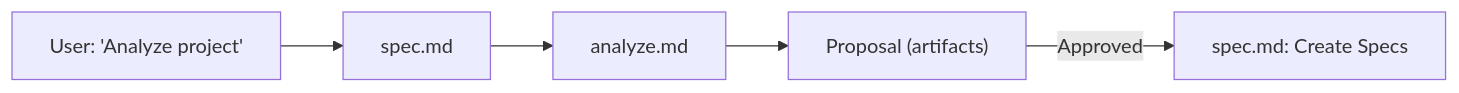
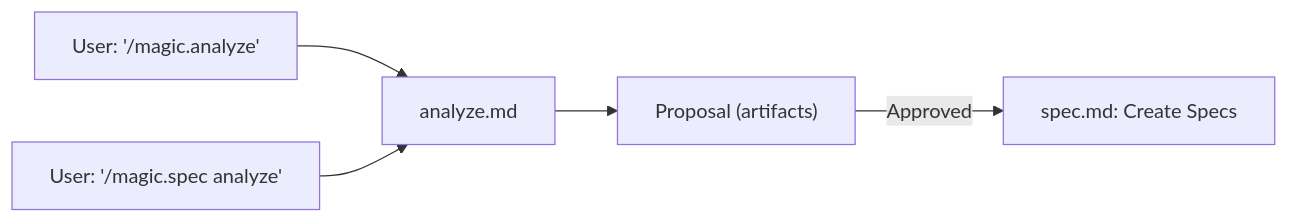
One commit to teratron/magic-spec changed the diagram in docs/analyze.md. Above: the diagram before and after it, drawn with Mermaid. The commit also changed other lines of this file and 13 other files, not shown here.

Commit message:
feat: Add magic-spec system with core workflows, historical tracking, documentation, versioning, and update the project README.

````diff
--- a/docs/analyze.md
+++ b/docs/analyze.md
@@ -20,7 +20,7 @@
 ```mermaid
 graph LR
-    A["User: 'Analyze project'"] --> B["spec.md"]
-    B --> C["analyze.md"]
+    A["User: '/magic.analyze'"] --> C["analyze.md"]
+    B["User: '/magic.spec analyze'"] --> C
     C --> D["Proposal (artifacts)"]
     D -->|Approved| E["spec.md: Create Specs"]
 ```
````
